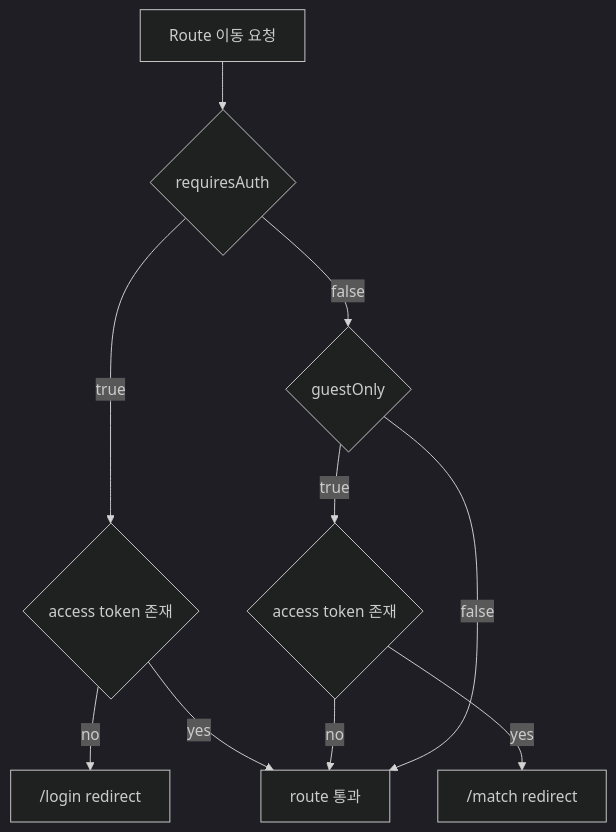
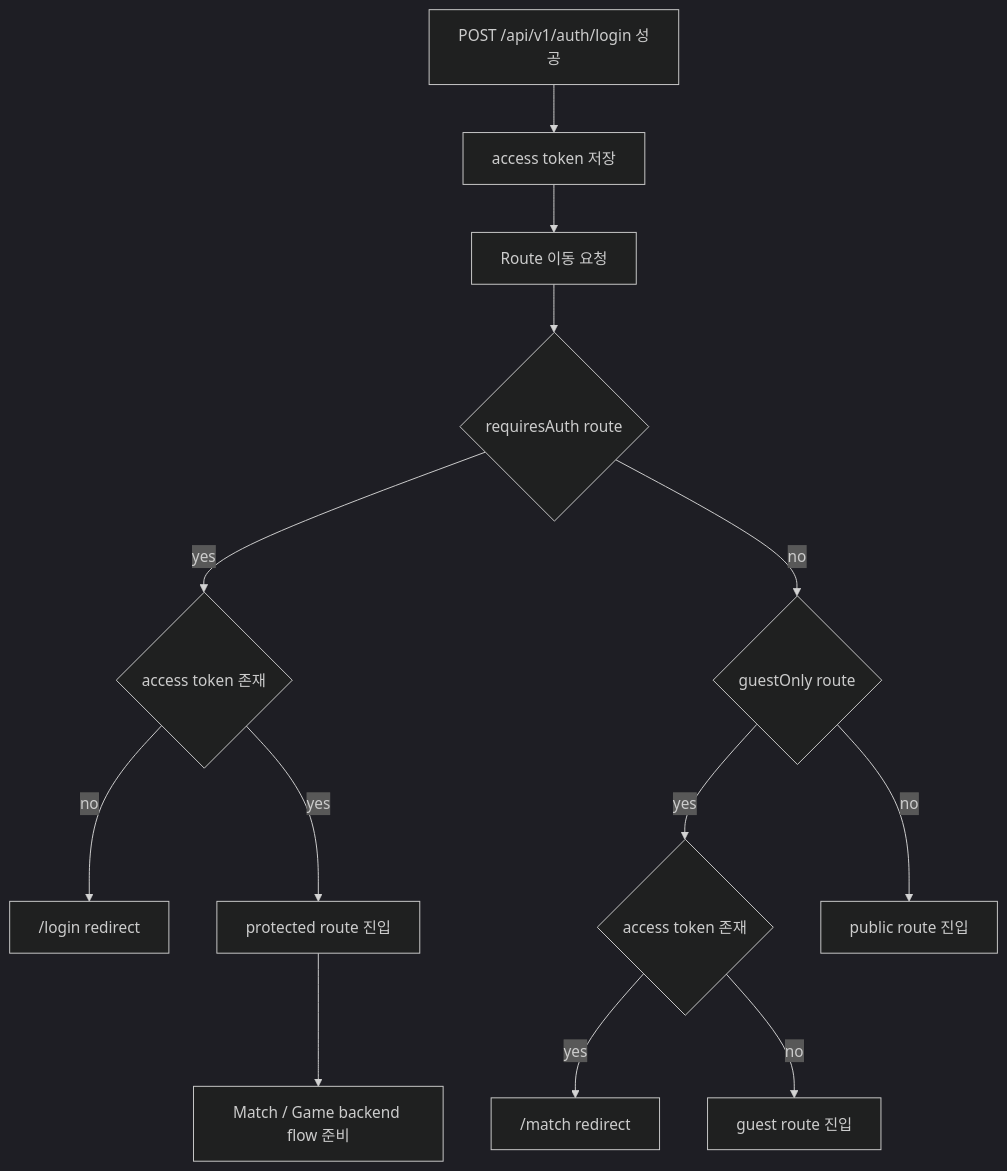
Before and after one commit to moonwhistle/League-of-Star: the second of 2 diagrams in docs/antigravity/frontend/issue-74-auth-route-guard.md, drawn with Mermaid (dark theme). The commit also changed other lines of this file and 1 other file, not shown here.

````diff
--- a/docs/antigravity/frontend/issue-74-auth-route-guard.md
+++ b/docs/antigravity/frontend/issue-74-auth-route-guard.md
@@ -170,12 +173,15 @@
 ```mermaid
 flowchart TD
-    A[Route 이동 요청] --> B{requiresAuth}
-    B -->|true| C{access token 존재}
-    C -->|no| D["/login redirect"]
-    C -->|yes| E[route 통과]
-    B -->|false| F{guestOnly}
-    F -->|true| G{access token 존재}
-    G -->|yes| H["/match redirect"]
-    G -->|no| E
-    F -->|false| E
+    A["POST /api/v1/auth/login 성공"] --> B[access token 저장]
+    B --> C[Route 이동 요청]
+    C --> D{requiresAuth route}
+    D -->|yes| E{access token 존재}
+    E -->|no| F["/login redirect"]
+    E -->|yes| G[protected route 진입]
+    D -->|no| H{guestOnly route}
+    H -->|yes| I{access token 존재}
+    I -->|yes| J["/match redirect"]
+    I -->|no| K[guest route 진입]
+    H -->|no| L[public route 진입]
+    G --> M[Match / Game backend flow 준비]
 ```
````
